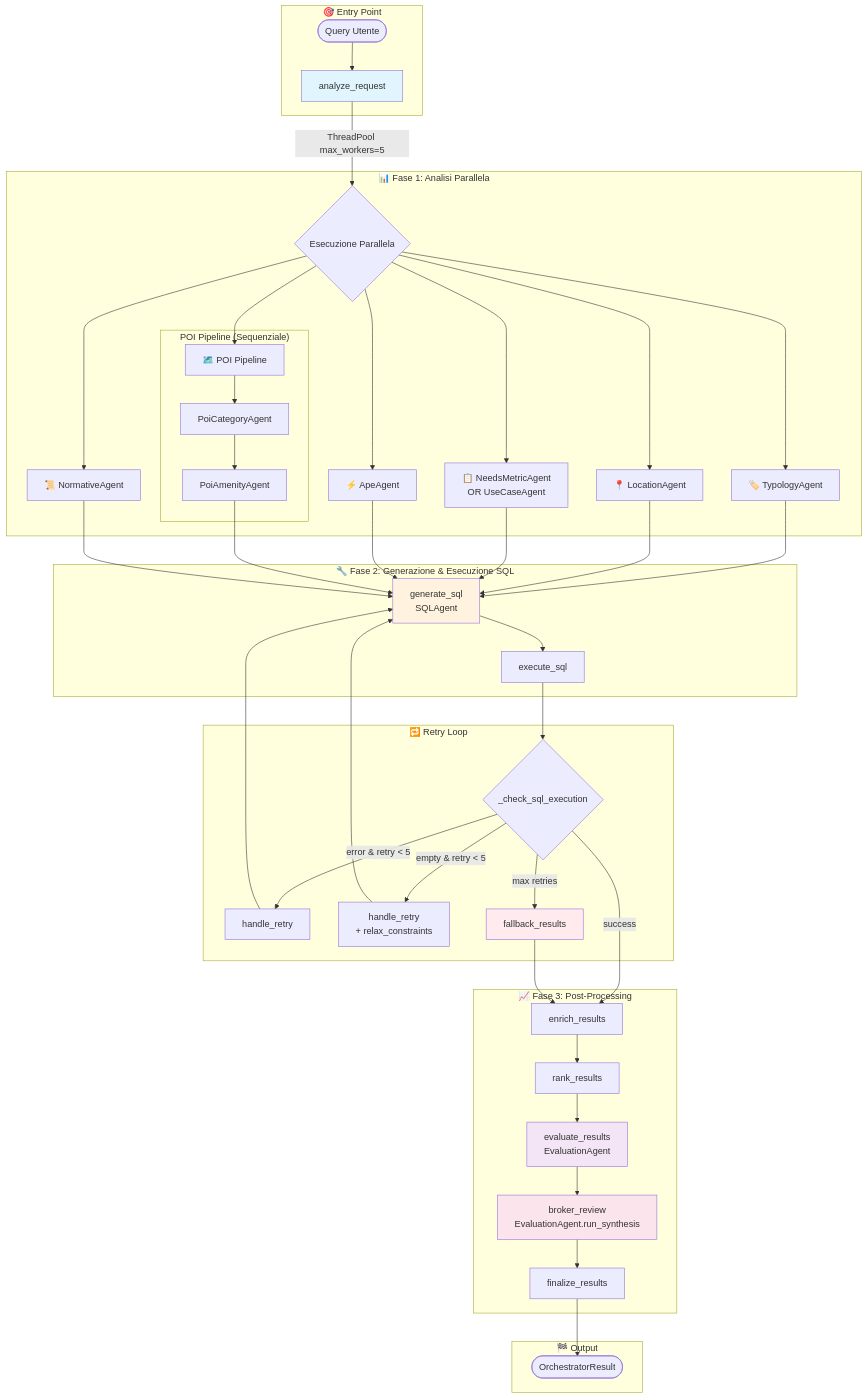
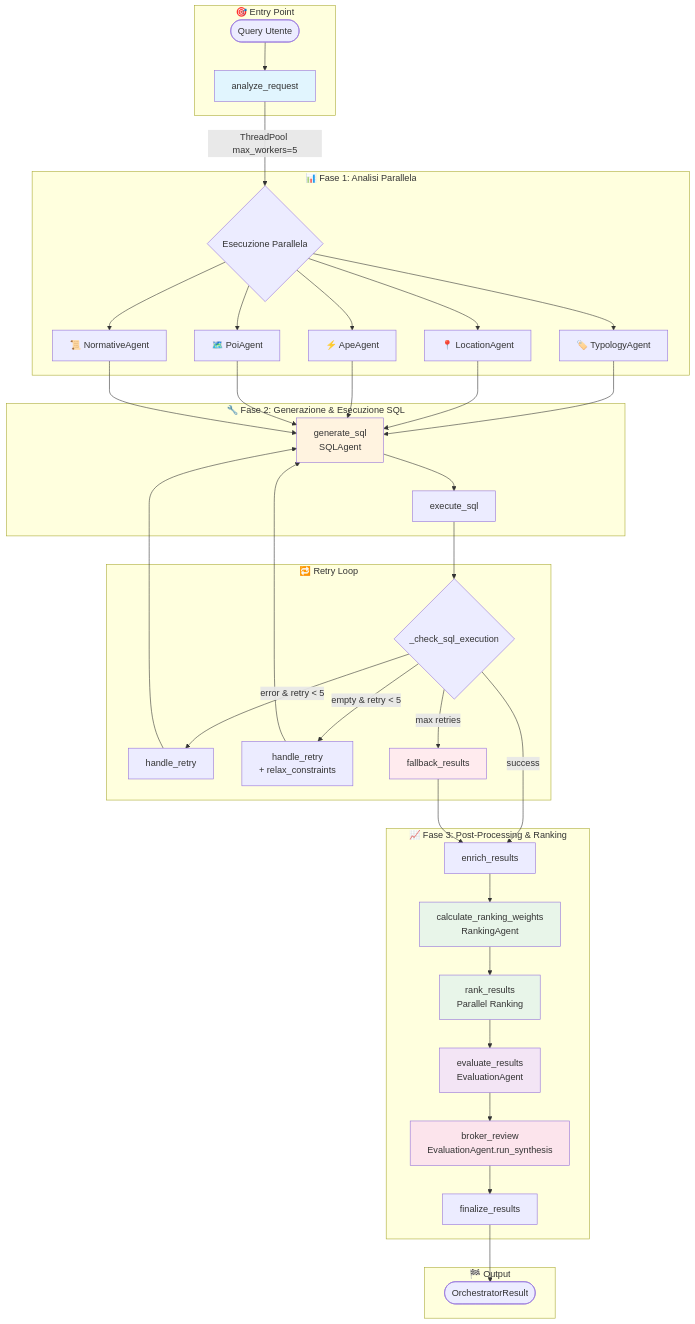
Before and after one commit to dbdmg/murena: the first of 5 diagrams in docs/AGENT_ARCHITECTURE.md, drawn with Mermaid. The commit also changed other lines of this file and 45 other files, not shown here.

````diff
--- a/docs/AGENT_ARCHITECTURE.md
+++ b/docs/AGENT_ARCHITECTURE.md
@@ -25,57 +25,54 @@
 ```mermaid
 graph TD
     subgraph "🎯 Entry Point"
         START([Query Utente]) --> ANALYZE
     end
 
     subgraph "📊 Fase 1: Analisi Parallela"
         ANALYZE[analyze_request]
         ANALYZE --> |ThreadPool max_workers=5| PARALLEL{Esecuzione Parallela}
         
         PARALLEL --> TYPOLOGY[🏷️ TypologyAgent]
         PARALLEL --> LOCATION[📍 LocationAgent]
-        PARALLEL --> STRATEGY[📋 NeedsMetricAgent<br/>OR UseCaseAgent]
         PARALLEL --> APE[⚡ ApeAgent]
-        PARALLEL --> POI_FLOW[🗺️ POI Pipeline]
+        PARALLEL --> POI[🗺️ PoiAgent]
         PARALLEL --> NORMATIVE[📜 NormativeAgent]
-        
-        subgraph "POI Pipeline (Sequenziale)"
-            POI_FLOW --> POI_CAT[PoiCategoryAgent]
-            POI_CAT --> POI_AME[PoiAmenityAgent]
-        end
     end
 
     subgraph "🔧 Fase 2: Generazione & Esecuzione SQL"
-        TYPOLOGY & LOCATION & STRATEGY & APE & POI_AME & NORMATIVE --> SQL_GEN
+        TYPOLOGY & LOCATION & APE & POI & NORMATIVE --> SQL_GEN
         SQL_GEN[generate_sql<br/>SQLAgent]
         SQL_GEN --> SQL_EXEC[execute_sql]
     end
 
     subgraph "🔁 Retry Loop"
         SQL_EXEC --> CHECK{_check_sql_execution}
         CHECK -->|error & retry < 5| RETRY[handle_retry]
         CHECK -->|empty & retry < 5| RETRY_RELAX[handle_retry<br/>+ relax_constraints]
         RETRY --> SQL_GEN
         RETRY_RELAX --> SQL_GEN
         CHECK -->|max retries| FALLBACK[fallback_results]
     end
 
-    subgraph "📈 Fase 3: Post-Processing"
+    subgraph "📈 Fase 3: Post-Processing & Ranking"
         CHECK -->|success| ENRICH[enrich_results]
         FALLBACK --> ENRICH
-        ENRICH --> RANK[rank_results]
+        ENRICH --> CALC_WEIGHTS[calculate_ranking_weights<br/>RankingAgent]
+        CALC_WEIGHTS --> RANK[rank_results<br/>Parallel Ranking]
         RANK --> EVAL[evaluate_results<br/>EvaluationAgent]
         EVAL --> BROKER[broker_review<br/>EvaluationAgent.run_synthesis]
         BROKER --> FINAL[finalize_results]
     end
 
     subgraph "🏁 Output"
         FINAL --> OUTPUT([OrchestratorResult])
     end
 
     style ANALYZE fill:#e1f5fe
     style SQL_GEN fill:#fff3e0
+    style CALC_WEIGHTS fill:#e8f5e9
+    style RANK fill:#e8f5e9
     style EVAL fill:#f3e5f5
     style BROKER fill:#fce4ec
     style FALLBACK fill:#ffebee
 ```
````
